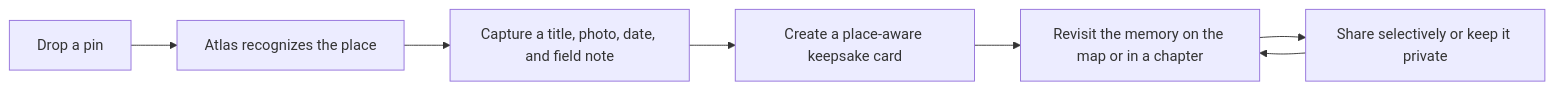
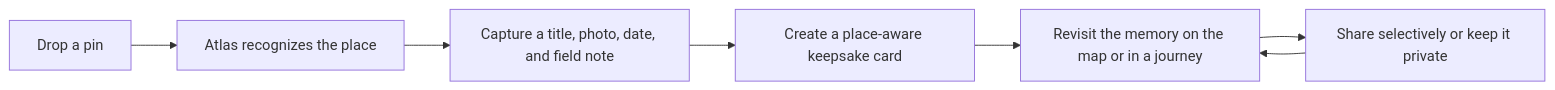
One commit to tylerprill/woodenbridge changed the diagram in docs/features/atlas.md. Above: the diagram before and after it, drawn with Mermaid. The commit also changed other lines of this file and 52 other files, not shown here.

````diff
--- a/docs/features/atlas.md
+++ b/docs/features/atlas.md
@@ -16,9 +16,9 @@
 ```mermaid
 flowchart LR
   A[Drop a pin] --> B[Atlas recognizes the place]
   B --> C[Capture a title, photo, date, and field note]
   C --> D[Create a place-aware keepsake card]
-  D --> E[Revisit the memory on the map or in a chapter]
+  D --> E[Revisit the memory on the map or in a journey]
   E --> F[Share selectively or keep it private]
   F --> E
 ```
````
